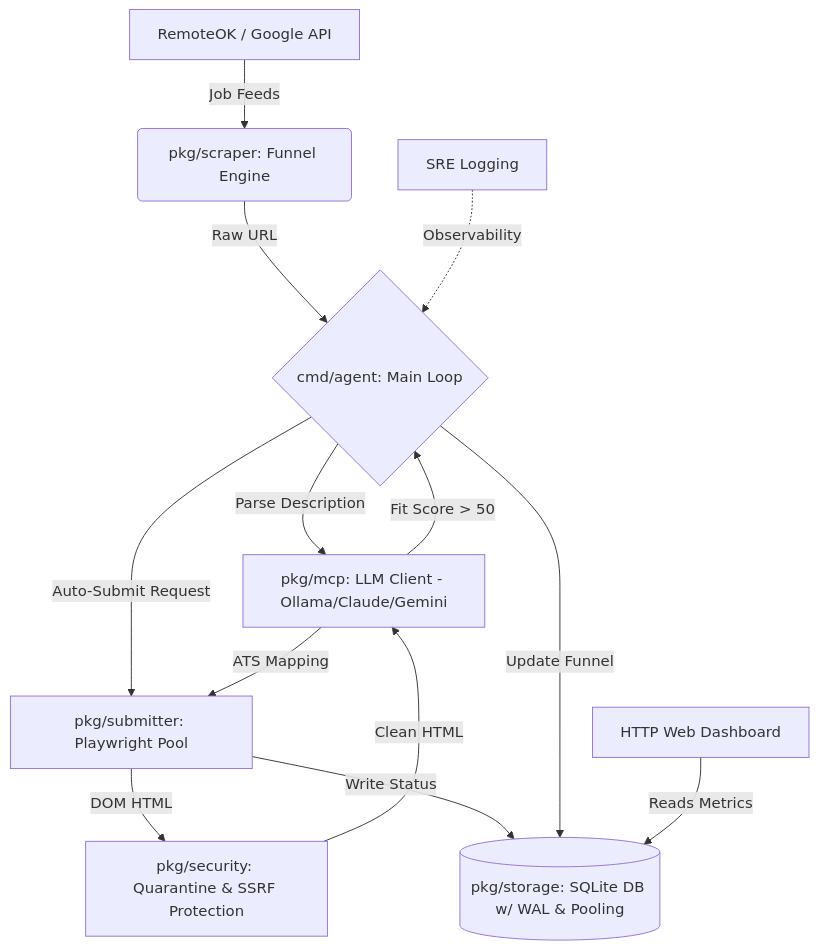
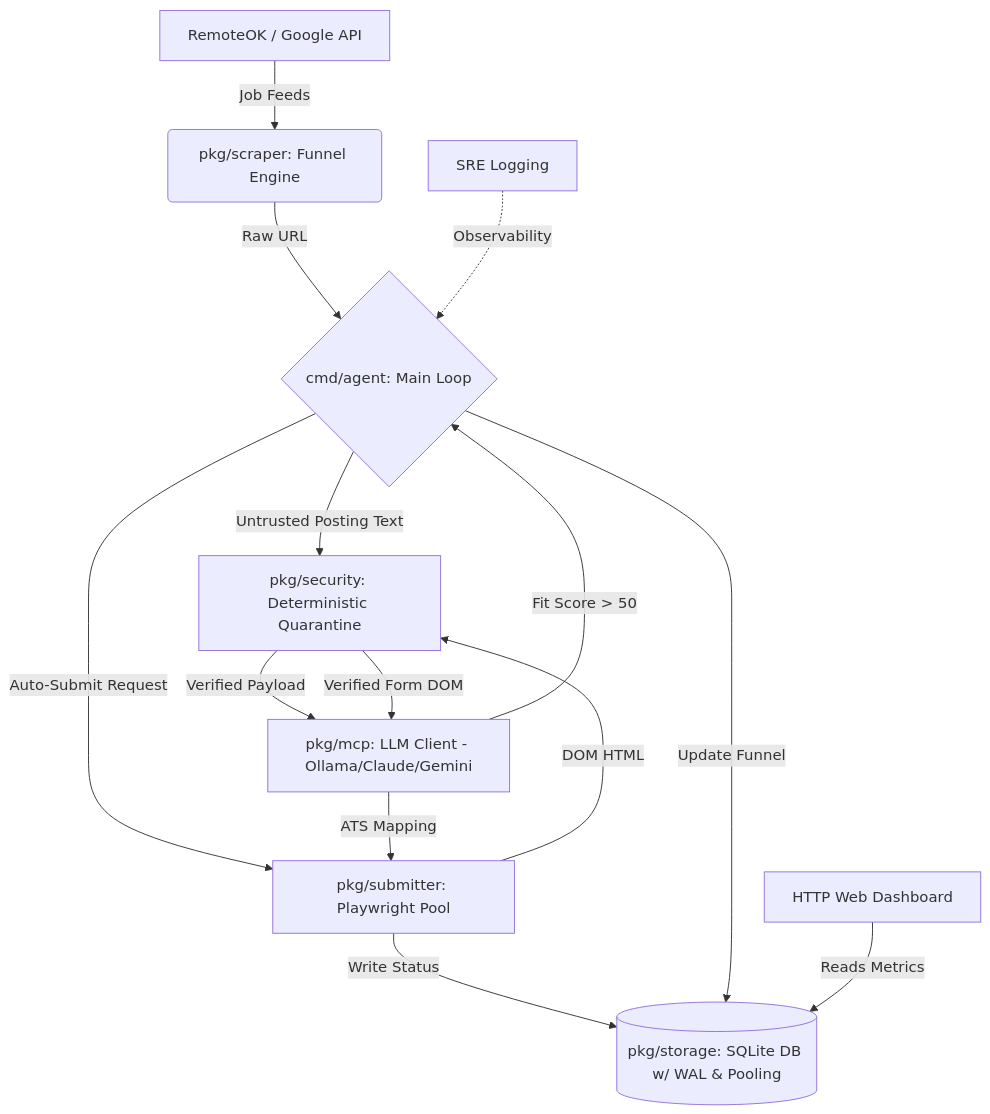
The diagram in README.md (howlcipher/Career_Agent_Core), drawn with Mermaid before and after one commit. The commit also changed other lines of this file and 12 other files, not shown here.

Commit message:
fix(security): quarantine content before model use

````diff
--- a/README.md
+++ b/README.md
@@ -32,19 +32,20 @@
 ```mermaid
 graph TD
     A[RemoteOK / Google API] -->|Job Feeds| B(pkg/scraper: Funnel Engine)
     B -->|Raw URL| C{cmd/agent: Main Loop}
     
-    C -->|Parse Description| D[pkg/mcp: LLM Client - Ollama/Claude/Gemini]
+    C -->|Untrusted Posting Text| F[pkg/security: Deterministic Quarantine]
+    F -->|Verified Payload| D[pkg/mcp: LLM Client - Ollama/Claude/Gemini]
     D -->|Fit Score > 50| C
-    
+
     C -->|Auto-Submit Request| E[pkg/submitter: Playwright Pool]
-    E -->|DOM HTML| F[pkg/security: Quarantine & SSRF Protection]
-    F -->|Clean HTML| D
+    E -->|DOM HTML| F
+    F -->|Verified Form DOM| D
     D -->|ATS Mapping| E
     
     E -->|Write Status| G[(pkg/storage: SQLite DB w/ WAL & Pooling)]
     C -->|Update Funnel| G
     
     H[HTTP Web Dashboard] -->|Reads Metrics| G
     I[SRE Logging] -.->|Observability| C
 ```
````
